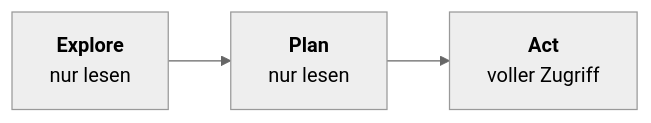
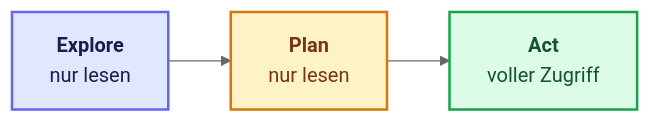
One commit to ralf-42/Agenten changed the sixth of 7 diagrams in docs/04-agenten-implementierung/entwurf/agent-architekturen.md. Above: the diagram before and after it, drawn with Mermaid (neutral theme). The commit also changed other lines of this file and 18 other files, not shown here.

````diff
--- a/docs/04-agenten-implementierung/entwurf/agent-architekturen.md
+++ b/docs/04-agenten-implementierung/entwurf/agent-architekturen.md
@@ -257,4 +308,13 @@
 ```mermaid
 flowchart LR
     E["<b>Explore</b><br/>nur lesen"] --> P["<b>Plan</b><br/>nur lesen"] --> A["<b>Act</b><br/>voller Zugriff"]
+
+    classDef default fill:#e0f2fe,stroke:#0284c7,stroke-width:2px,color:#0c4a6e;
+    classDef input fill:#e0e7ff,stroke:#6366f1,stroke-width:2px,color:#1e1b4b;
+    classDef metric fill:#fef3c7,stroke:#d97706,stroke-width:2px,color:#78350f;
+    classDef output fill:#dcfce7,stroke:#16a34a,stroke-width:2px,color:#14532d;
+
+    class E input;
+    class P metric;
+    class A output;
 ```
````
